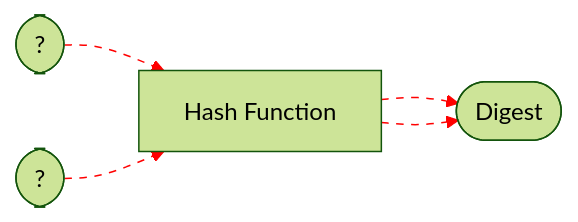
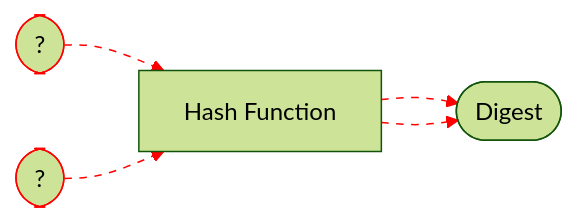
The fourth of 4 diagrams in docs/primitives/hash-function/intro.md (sripwoud/cryptography), drawn with Mermaid (forest theme) before and after one commit. The commit also changed other lines of this file and 10 other files, not shown here.

````diff
--- a/docs/primitives/hash-function/intro.md
+++ b/docs/primitives/hash-function/intro.md
@@ -46,11 +51,14 @@
     ```mermaid
      graph LR
     
      A([?]) -->B[Hash Function]
      B --> C([Digest])
      D([?]) -.-> B -.-> C([Digest])
+  
+     style A stroke: red;
+     style D stroke: red;
      linkStyle 0 stroke:red, stroke-dasharray: 5;
      linkStyle 1 stroke:red, stroke-dasharray: 5;
      linkStyle 2 stroke:red, stroke-dasharray: 5;
      linkStyle 3 stroke:red, stroke-dasharray: 5;
     ```
````
